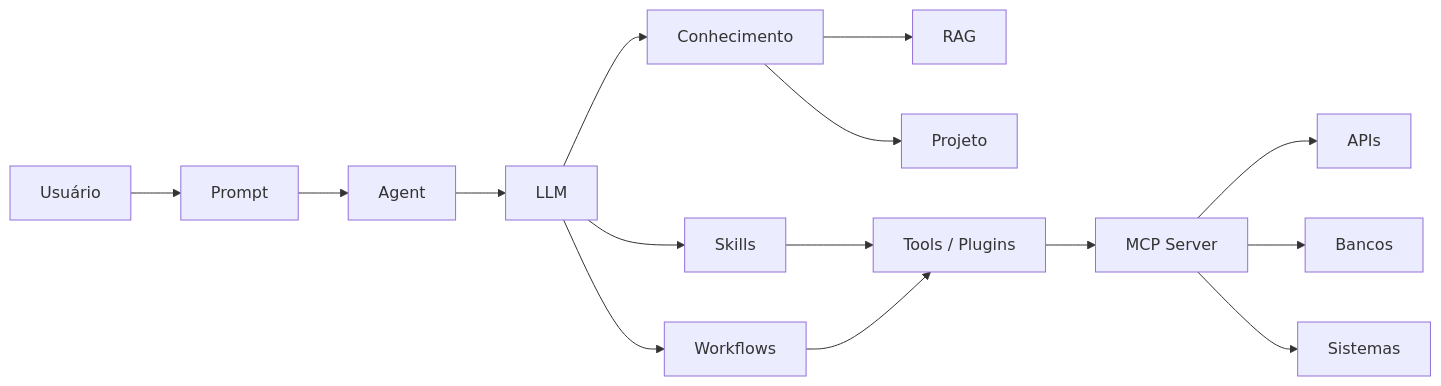
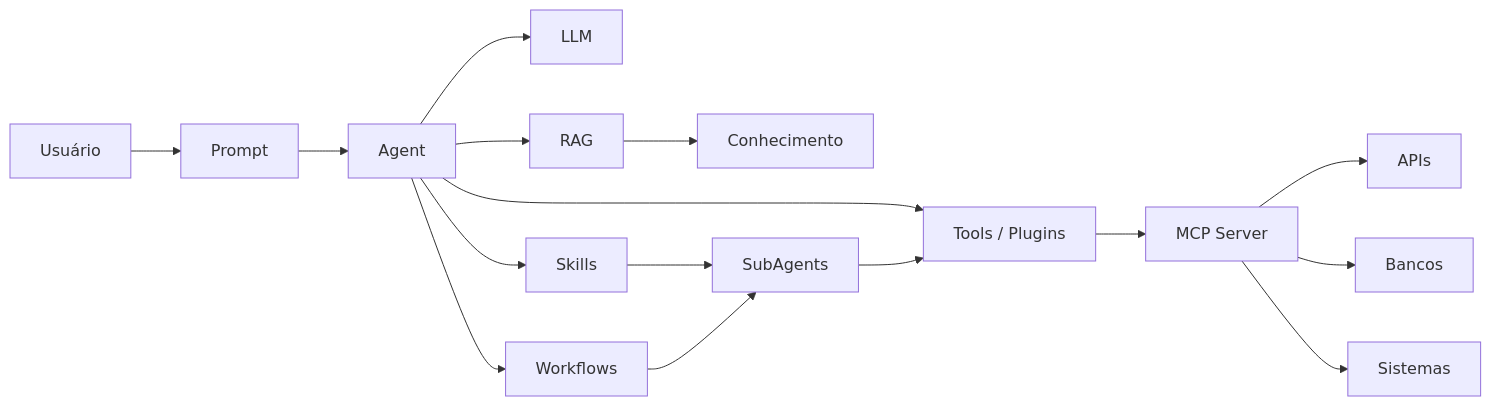
The first of 2 diagrams in TI/IA/MCP/_README.md (estaleiroweb/book), drawn with Mermaid before and after one commit. The commit also changed other lines of this file, not shown here.

Commit message:
Auto commit:  M TI/IA/MCP/_README.md

````diff
--- a/TI/IA/MCP/_README.md
+++ b/TI/IA/MCP/_README.md
@@ -5,11 +5,28 @@
 ```mermaid
 flowchart LR
 
-    Usuário --> 
-    Prompt --> 
-    Agent --> 
-    LLM --> Conhecimento --> RAG & Projeto
-    LLM --> Skills & Workflows --> 
-    t["Tools / Plugins"] -->
-    m["MCP Server"] --> APIs & Bancos & Sistemas
+    U[Usuário]
+    P[Prompt]
+    A[Agent]
+    L[LLM]
+
+    K[Conhecimento]
+    R[RAG]
+
+    S[Skills]
+    W[Workflows]
+
+    SA[SubAgents]
+
+    T["Tools / Plugins"]
+    MCP["MCP Server"]
+
+    U -->
+    P -->
+    A --> L & R & S & W & T
+    R --> K
+    S & W -->
+    SA-->
+    T -->
+    MCP --> APIs & Bancos & Sistemas
 ```
````
